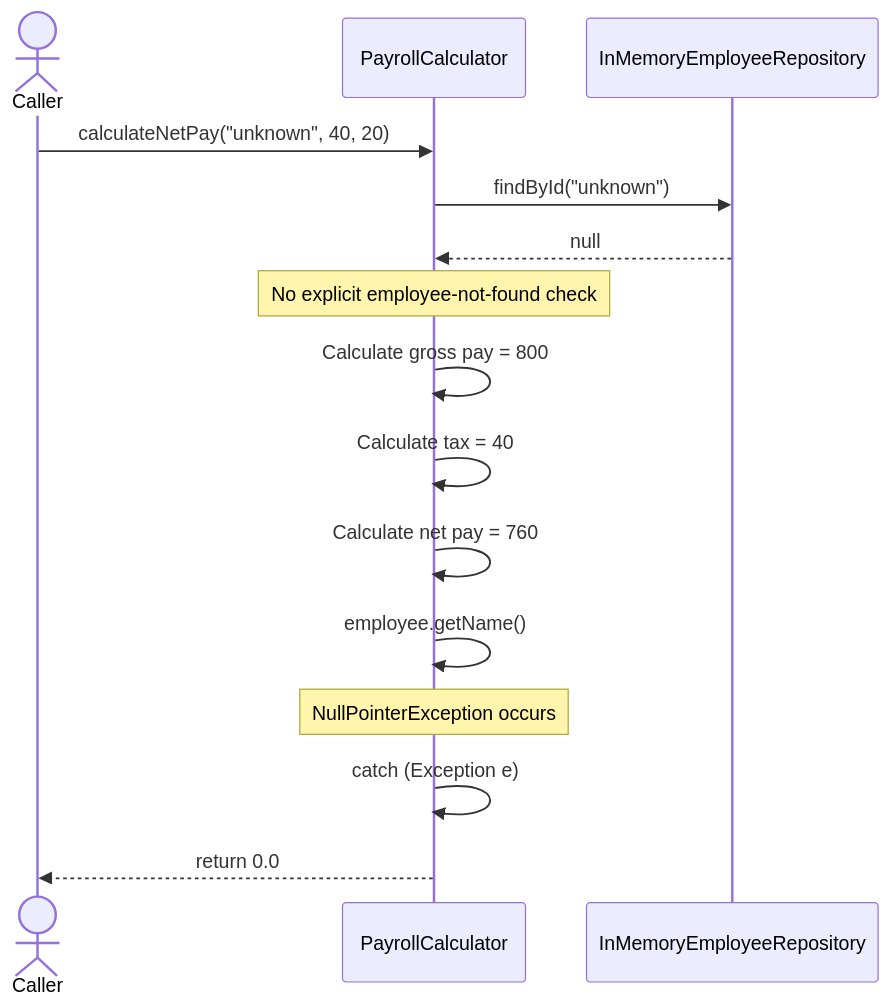
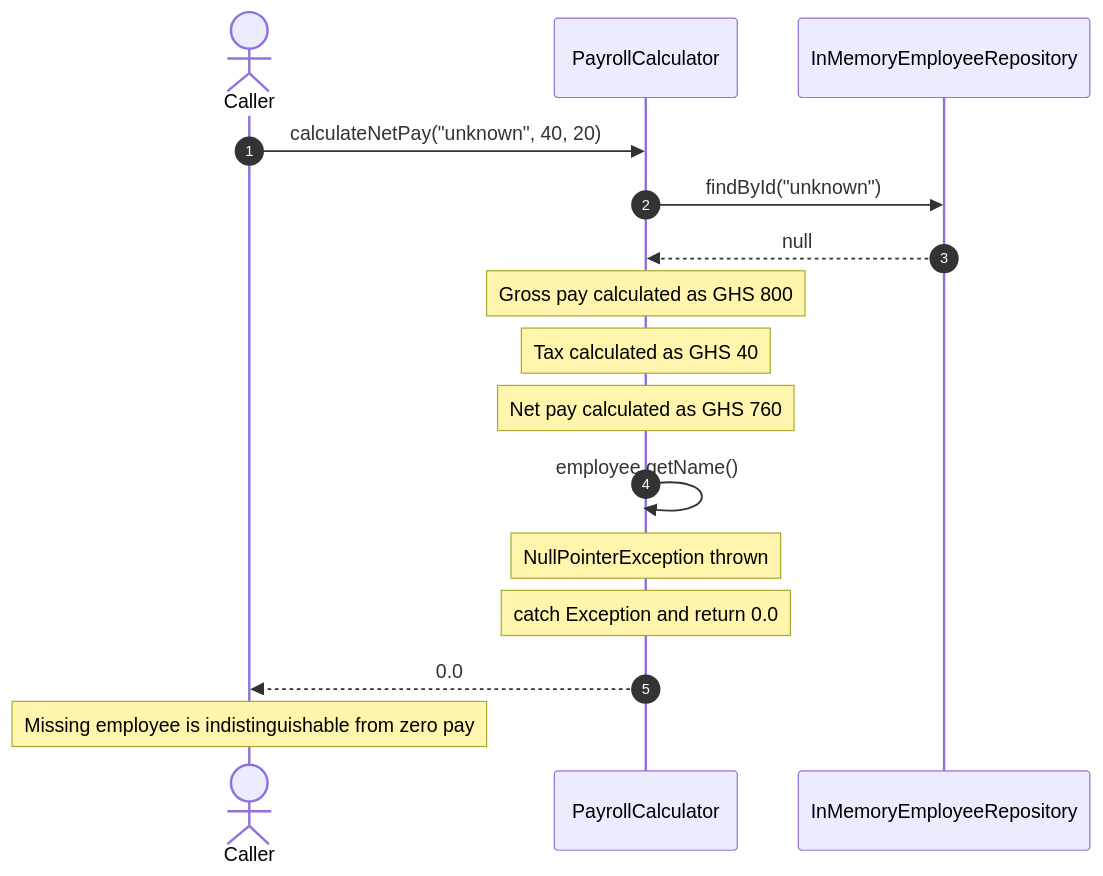
One commit to PKBentil/code-quality-c-rosewood-payroll changed the second of 5 diagrams in ANALYSIS.md. Above: the diagram before and after it, drawn with Mermaid. The commit also changed other lines of this file and 3 other files, not shown here.

````diff
--- a/ANALYSIS.md
+++ b/ANALYSIS.md
@@ -143,24 +145,23 @@
 ```mermaid
-
 sequenceDiagram
+    autonumber
     actor Caller
     participant PC as PayrollCalculator
     participant Repo as InMemoryEmployeeRepository
 
     Caller->>PC: calculateNetPay("unknown", 40, 20)
     PC->>Repo: findById("unknown")
     Repo-->>PC: null
 
-    Note over PC: No explicit employee-not-found check
-
-    PC->>PC: Calculate gross pay = 800
-    PC->>PC: Calculate tax = 40
-    PC->>PC: Calculate net pay = 760
+    Note over PC: Gross pay calculated as GHS 800
+    Note over PC: Tax calculated as GHS 40
+    Note over PC: Net pay calculated as GHS 760
 
     PC->>PC: employee.getName()
-    Note over PC: NullPointerException occurs
+    Note over PC: NullPointerException thrown
 
-    PC->>PC: catch (Exception e)
-    PC-->>Caller: return 0.0
+    Note over PC: catch Exception and return 0.0
+    PC-->>Caller: 0.0
 
+    Note over Caller: Missing employee is indistinguishable from zero pay
 ```
````
